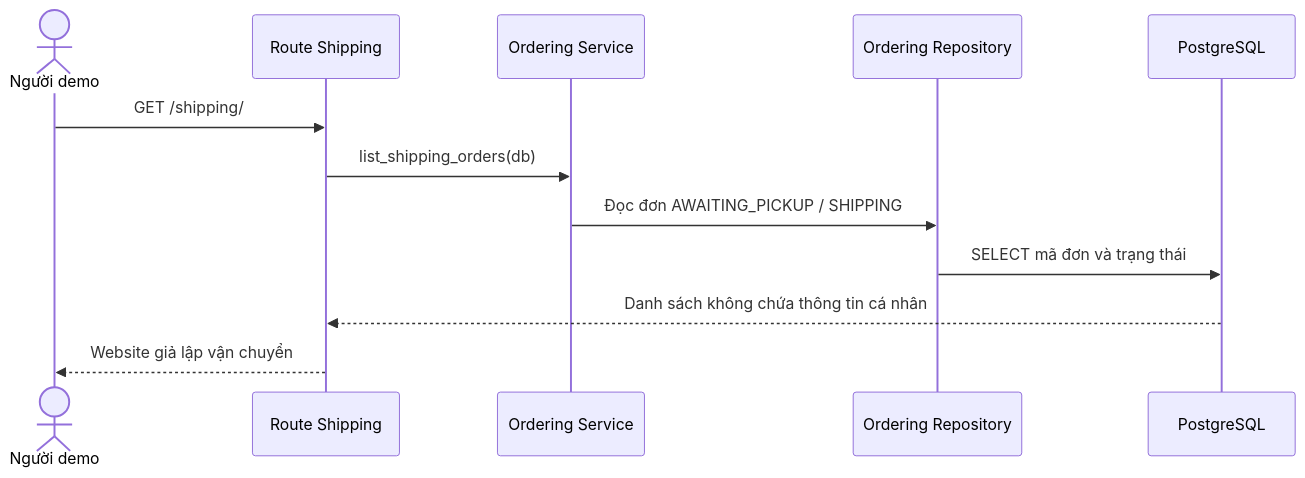
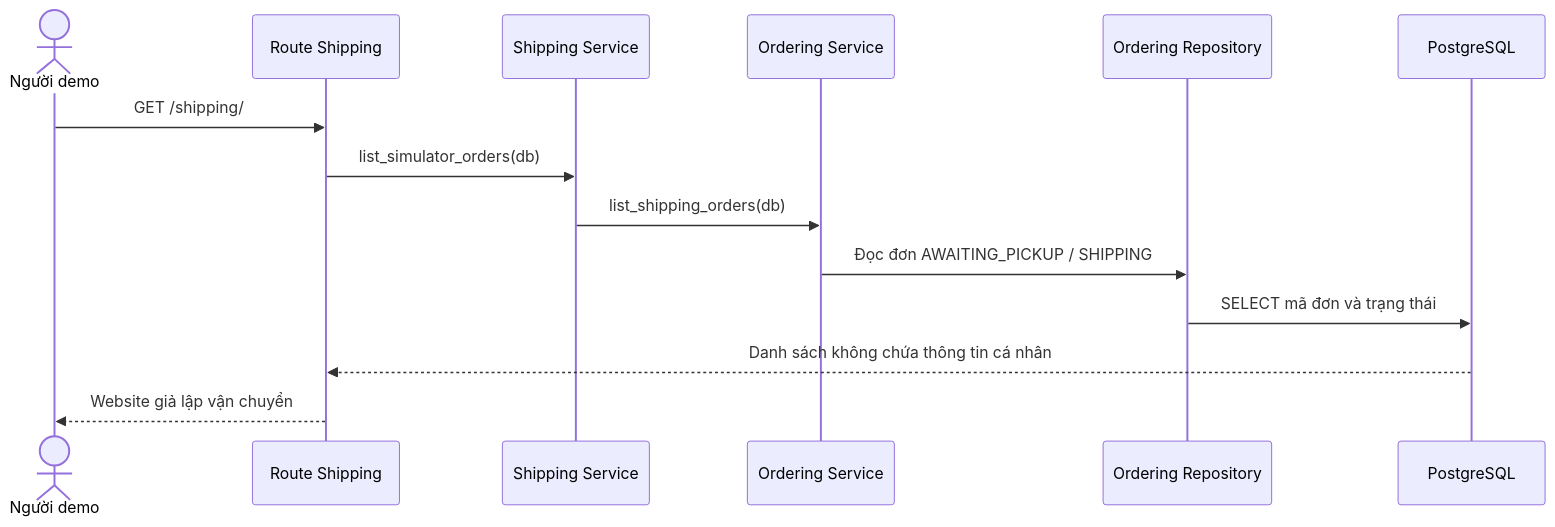
The diagram in docs/sequence/UC36-shipping-list.md (thanhklt/sobie-swimwear-e-commerce), drawn with Mermaid before and after one commit. The commit also changed 14 other files, not shown here.

````diff
--- a/docs/sequence/UC36-shipping-list.md
+++ b/docs/sequence/UC36-shipping-list.md
@@ -3,14 +3,16 @@
 ```mermaid
 sequenceDiagram
     actor Demo as Người demo
     participant R as Route Shipping
-    participant S as Ordering Service
+    participant SS as Shipping Service
+    participant O as Ordering Service
     participant P as Ordering Repository
     participant DB as PostgreSQL
     Demo->>R: GET /shipping/
-    R->>S: list_shipping_orders(db)
-    S->>P: Đọc đơn AWAITING_PICKUP / SHIPPING
+    R->>SS: list_simulator_orders(db)
+    SS->>O: list_shipping_orders(db)
+    O->>P: Đọc đơn AWAITING_PICKUP / SHIPPING
     P->>DB: SELECT mã đơn và trạng thái
     DB-->>R: Danh sách không chứa thông tin cá nhân
     R-->>Demo: Website giả lập vận chuyển
 ```
````
